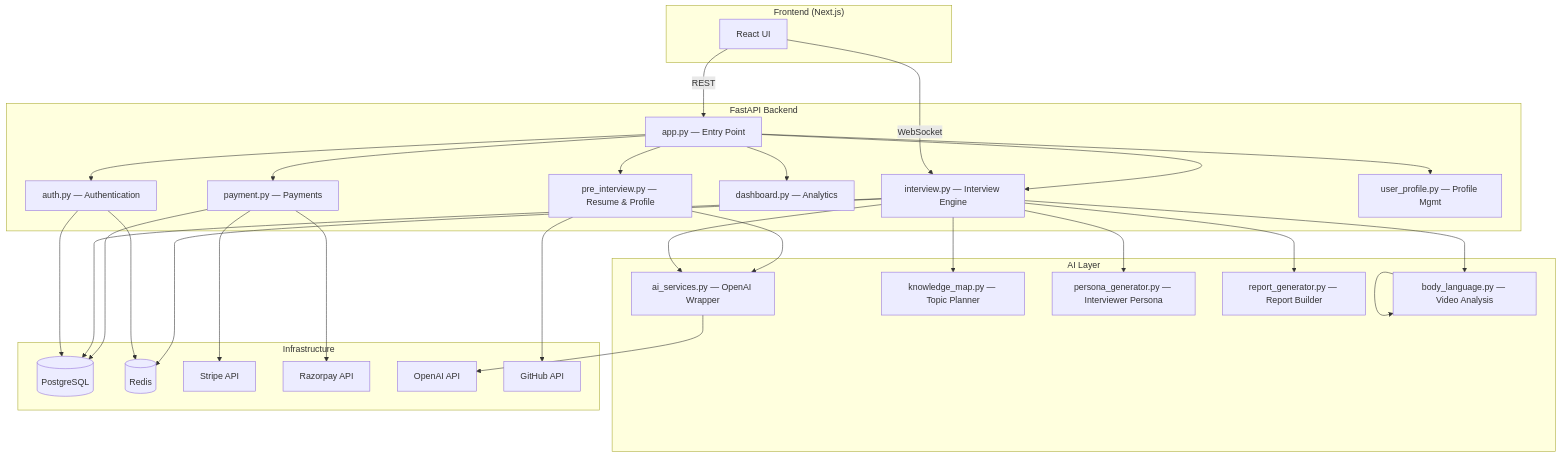
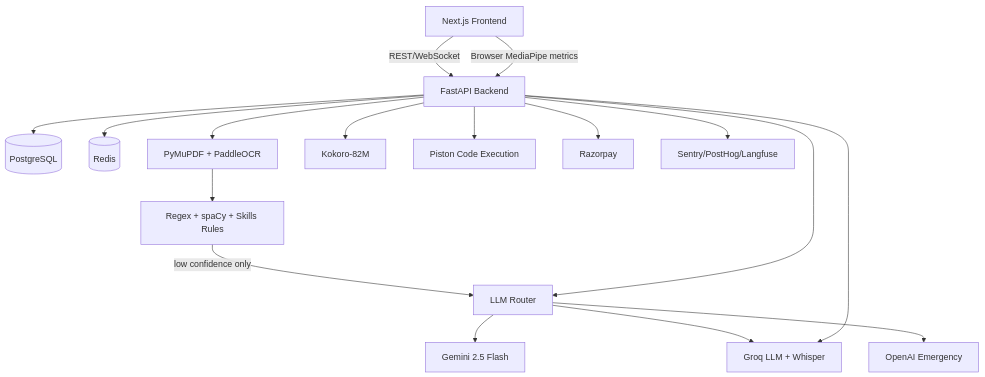
One commit to IvaP10/PrepMate changed the diagram in architecture.md. Above: the diagram before and after it, drawn with Mermaid. The commit also changed other lines of this file and 69 other files, not shown here.

````diff
--- a/architecture.md
+++ b/architecture.md
@@ -11,45 +13,33 @@
 ```mermaid
 graph TB
-    subgraph Client ["Frontend (Next.js)"]
-        UI[React UI]
-    end
+    FE[Next.js Frontend]
+    API[FastAPI Backend]
+    DB[(PostgreSQL)]
+    Redis[(Redis)]
+    Parser[PyMuPDF + PaddleOCR]
+    Rules[Regex + spaCy + Skills Rules]
+    LLM[LLM Router]
+    Gemini[Gemini 2.5 Flash]
+    Groq[Groq LLM + Whisper]
+    OpenAI[OpenAI Emergency]
+    Kokoro[Kokoro-82M]
+    Piston[Piston Code Execution]
+    Razorpay[Razorpay]
+    Obs[Sentry/PostHog/Langfuse]
 
-    subgraph Backend ["FastAPI Backend"]
-        APP[app.py — Entry Point]
-        AUTH[auth.py — Authentication]
-        PRE[pre_interview.py — Resume & Profile]
-        INT[interview.py — Interview Engine]
-        DASH[dashboard.py — Analytics]
-        PAY[payment.py — Payments]
-        PROF[user_profile.py — Profile Mgmt]
-    end
-
-    subgraph AI ["AI Layer"]
-        AIS[ai_services.py — OpenAI Wrapper]
-        KM[knowledge_map.py — Topic Planner]
-        PG[persona_generator.py — Interviewer Persona]
-        RG[report_generator.py — Report Builder]
-        BL[body_language.py — Video Analysis]
-    end
-
-    subgraph Infra ["Infrastructure"]
-        PG_DB[(PostgreSQL)]
-        REDIS[(Redis)]
-        STRIPE[Stripe API]
-        RAZORPAY[Razorpay API]
-        OPENAI[OpenAI API]
-        GITHUB[GitHub API]
-    end
-
-    UI -- REST --> APP
-    UI -- WebSocket --> INT
-    APP --> AUTH & PRE & INT & DASH & PAY & PROF
-    INT --> AIS & KM & PG & RG & BL
-    PRE --> AIS
-    AUTH --> PG_DB & REDIS
-    INT --> PG_DB & REDIS
-    PAY --> STRIPE & RAZORPAY & PG_DB
-    PRE --> GITHUB
-    AIS --> OPENAI
-    BL --> BL
+    FE -- REST/WebSocket --> API
+    FE -- Browser MediaPipe metrics --> API
+    API --> DB
+    API --> Redis
+    API --> Parser --> Rules
+    Rules -- low confidence only --> LLM
+    API --> LLM
+    LLM --> Gemini
+    LLM --> Groq
+    LLM --> OpenAI
+    API --> Groq
+    API --> Kokoro
+    API --> Piston
+    API --> Razorpay
+    API --> Obs
 ```
````
